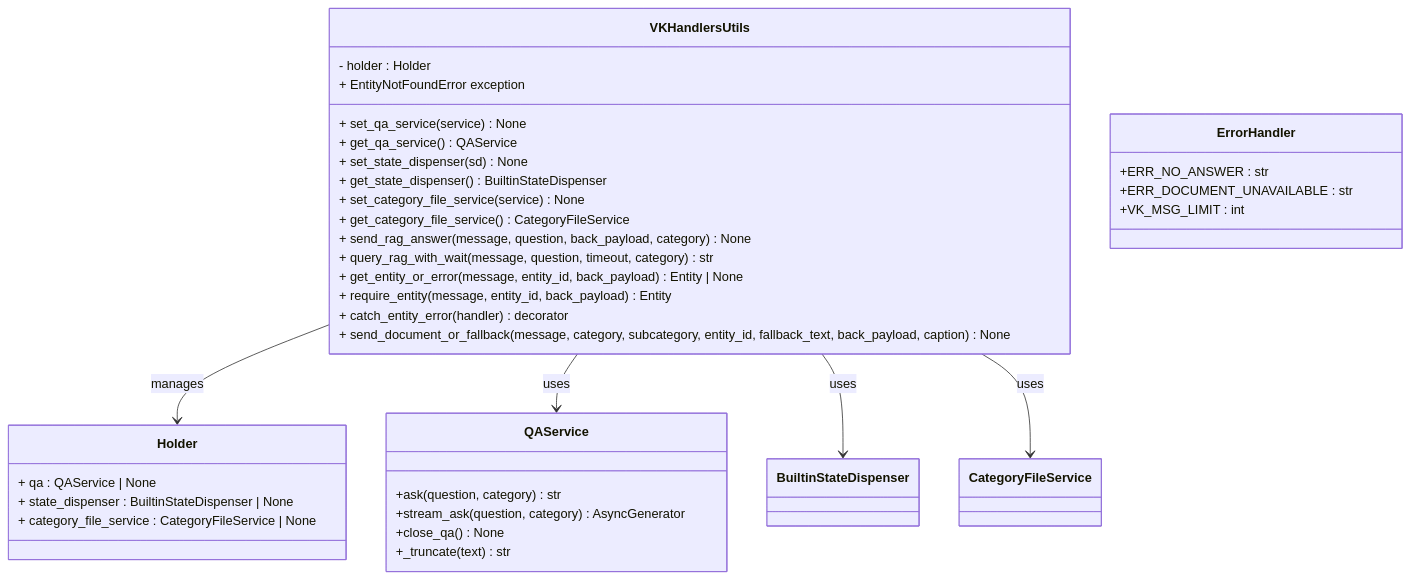
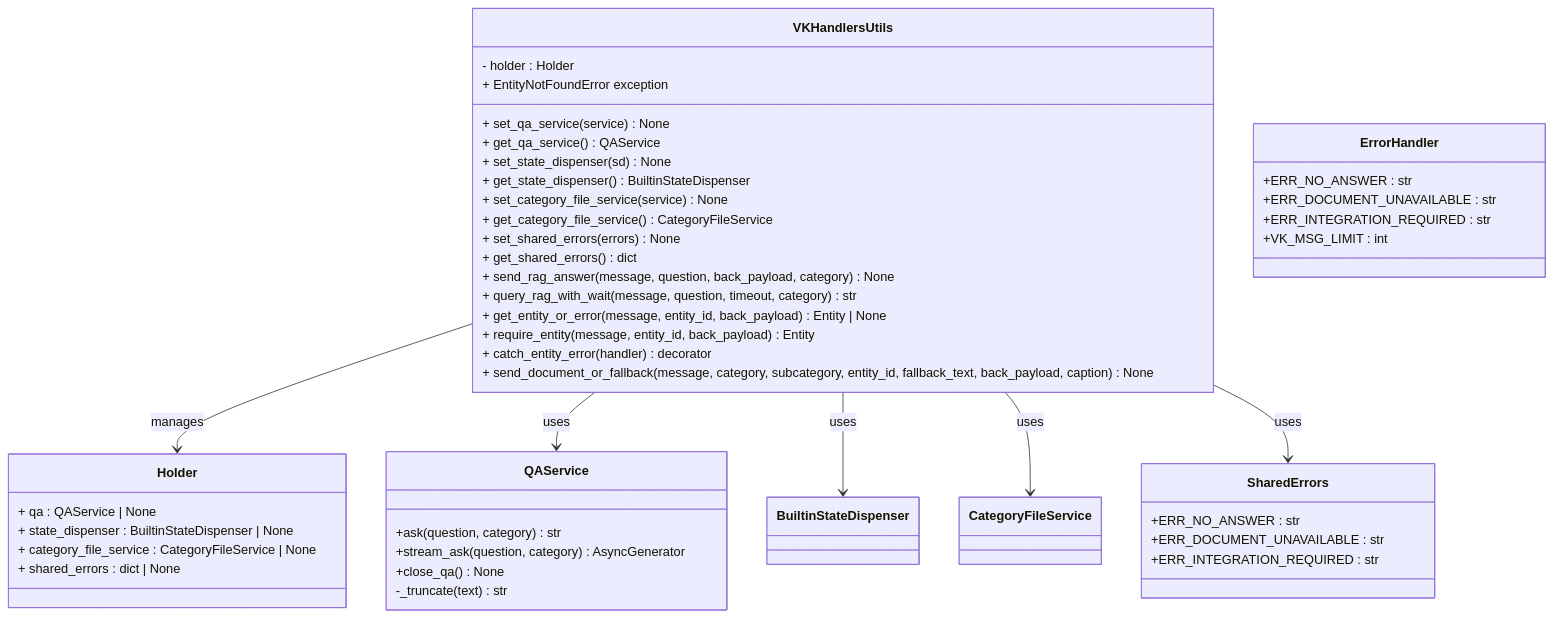
Before and after one commit to ognelis/cafetera_hr_bot: the fourth of 35 diagrams in .qoder/repowiki/en/content/VK Integration/VK Integration.md, drawn with Mermaid. The commit also changed other lines of this file and 51 other files, not shown here.

````diff
--- a/.qoder/repowiki/en/content/VK Integration/VK Integration.md
+++ b/.qoder/repowiki/en/content/VK Integration/VK Integration.md
@@ -418,39 +482,49 @@
 ```mermaid
 classDiagram
 class VKHandlersUtils {
 - holder : Holder
 + set_qa_service(service) None
 + get_qa_service() QAService
 + set_state_dispenser(sd) None
 + get_state_dispenser() BuiltinStateDispenser
 + set_category_file_service(service) None
 + get_category_file_service() CategoryFileService
++ set_shared_errors(errors) None
++ get_shared_errors() dict
 + send_rag_answer(message, question, back_payload, category) None
 + query_rag_with_wait(message, question, timeout, category) str
 + get_entity_or_error(message, entity_id, back_payload) Entity | None
 + require_entity(message, entity_id, back_payload) Entity
 + catch_entity_error(handler) decorator
 + EntityNotFoundError exception
 + send_document_or_fallback(message, category, subcategory, entity_id, fallback_text, back_payload, caption) None
 }
 class Holder {
 + qa : QAService | None
 + state_dispenser : BuiltinStateDispenser | None
 + category_file_service : CategoryFileService | None
++ shared_errors : dict | None
 }
 class QAService {
 +ask(question, category) str
 +stream_ask(question, category) AsyncGenerator
 +close_qa() None
-+_truncate(text) str
+-_truncate(text) str
 }
 class ErrorHandler {
 +ERR_NO_ANSWER : str
 +ERR_DOCUMENT_UNAVAILABLE : str
++ERR_INTEGRATION_REQUIRED : str
 +VK_MSG_LIMIT : int
+}
+class SharedErrors {
++ERR_NO_ANSWER : str
++ERR_DOCUMENT_UNAVAILABLE : str
++ERR_INTEGRATION_REQUIRED : str
 }
 VKHandlersUtils --> Holder : manages
 VKHandlersUtils --> QAService : uses
 VKHandlersUtils --> BuiltinStateDispenser : uses
 VKHandlersUtils --> CategoryFileService : uses
+VKHandlersUtils --> SharedErrors : uses
 ```
````
